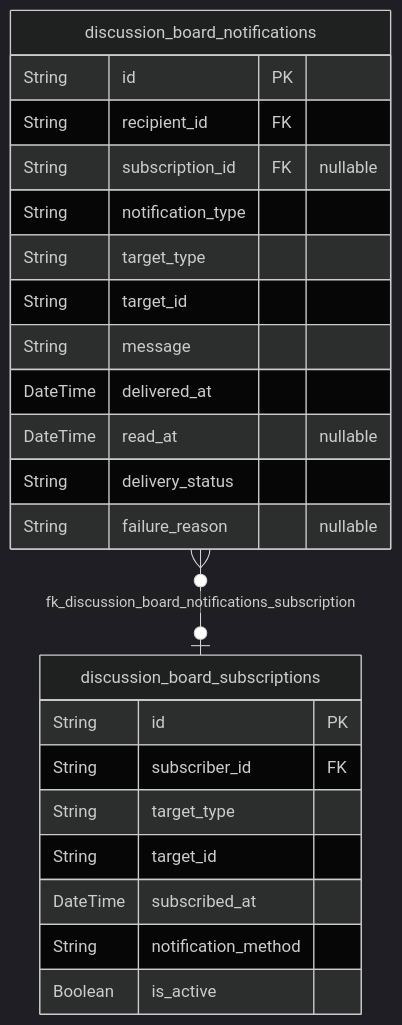
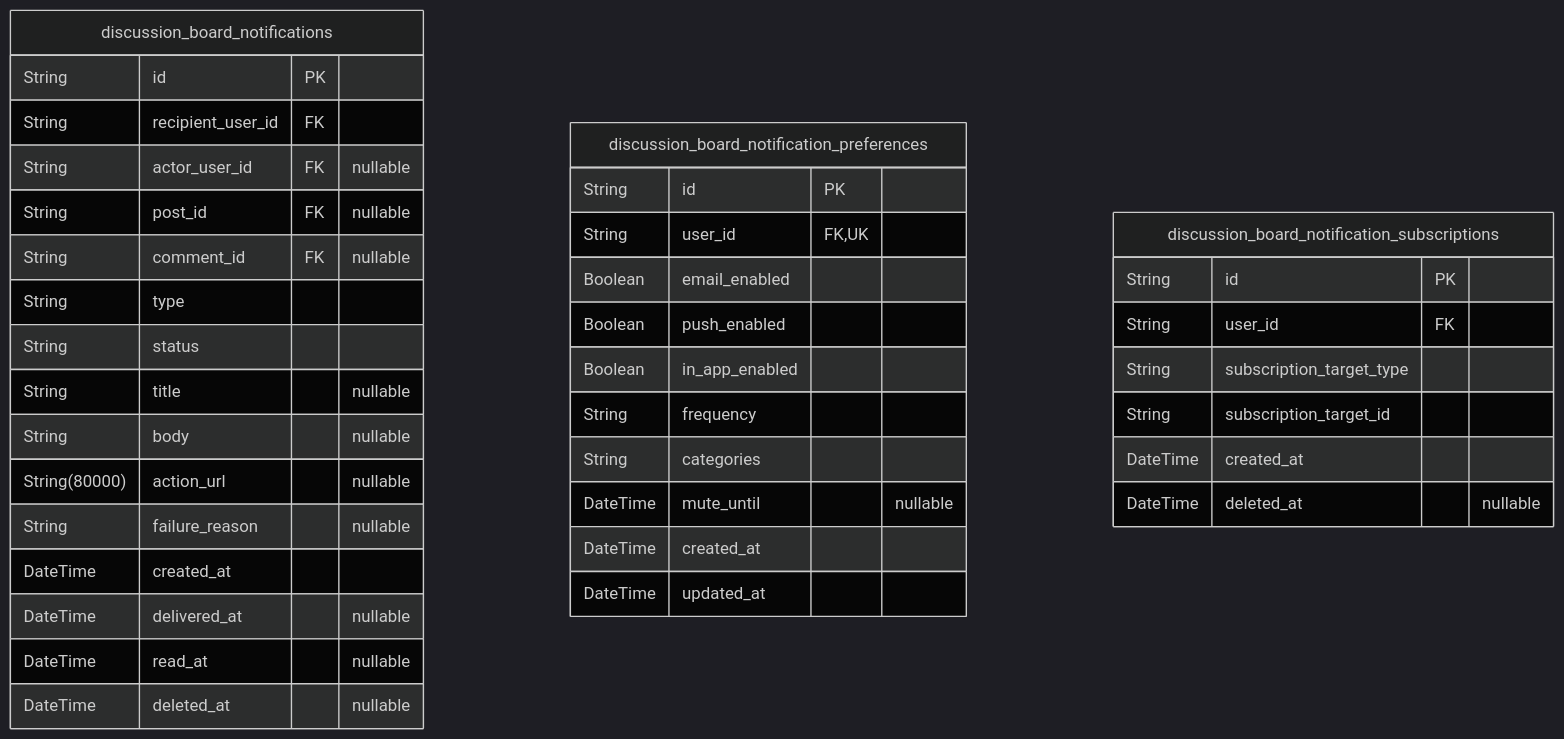
Before and after one commit to wrtnlabs/autobe-example-bbs-openai-gpt-4.1: the sixth of 8 diagrams in docs/ERD.md, drawn with Mermaid (dark theme). The commit also changed other lines of this file and 1472 other files, not shown here.

````diff
--- a/docs/ERD.md
+++ b/docs/ERD.md
@@ -550,26 +936,40 @@
 ```mermaid
 erDiagram
-"discussion_board_subscriptions" {
-  String id PK
-  String subscriber_id FK
-  String target_type
-  String target_id
-  DateTime subscribed_at
-  String notification_method
-  Boolean is_active
-}
 "discussion_board_notifications" {
   String id PK
-  String recipient_id FK
-  String subscription_id FK "nullable"
-  String notification_type
-  String target_type
-  String target_id
-  String message
-  DateTime delivered_at
+  String recipient_user_id FK
+  String actor_user_id FK "nullable"
+  String post_id FK "nullable"
+  String comment_id FK "nullable"
+  String type
+  String status
+  String title "nullable"
+  String body "nullable"
+  String(80000) action_url "nullable"
+  String failure_reason "nullable"
+  DateTime created_at
+  DateTime delivered_at "nullable"
   DateTime read_at "nullable"
-  String delivery_status
-  String failure_reason "nullable"
+  DateTime deleted_at "nullable"
 }
-"discussion_board_notifications" }o--o| "discussion_board_subscriptions" : fk_discussion_board_notifications_subscription
+"discussion_board_notification_preferences" {
+  String id PK
+  String user_id FK,UK
+  Boolean email_enabled
+  Boolean push_enabled
+  Boolean in_app_enabled
+  String frequency
+  String categories
+  DateTime mute_until "nullable"
+  DateTime created_at
+  DateTime updated_at
+}
+"discussion_board_notification_subscriptions" {
+  String id PK
+  String user_id FK
+  String subscription_target_type
+  String subscription_target_id
+  DateTime created_at
+  DateTime deleted_at "nullable"
+}
 ```
````
